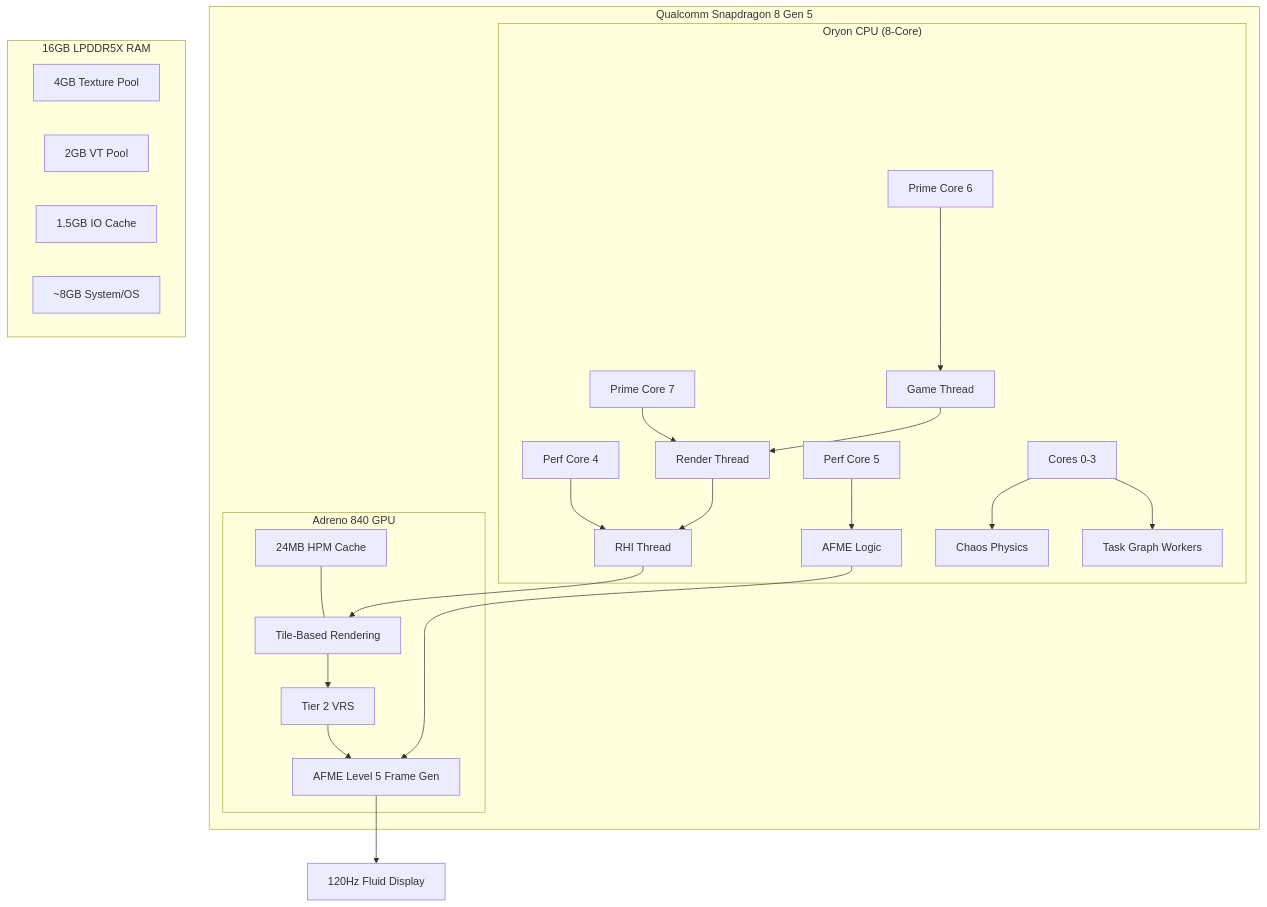
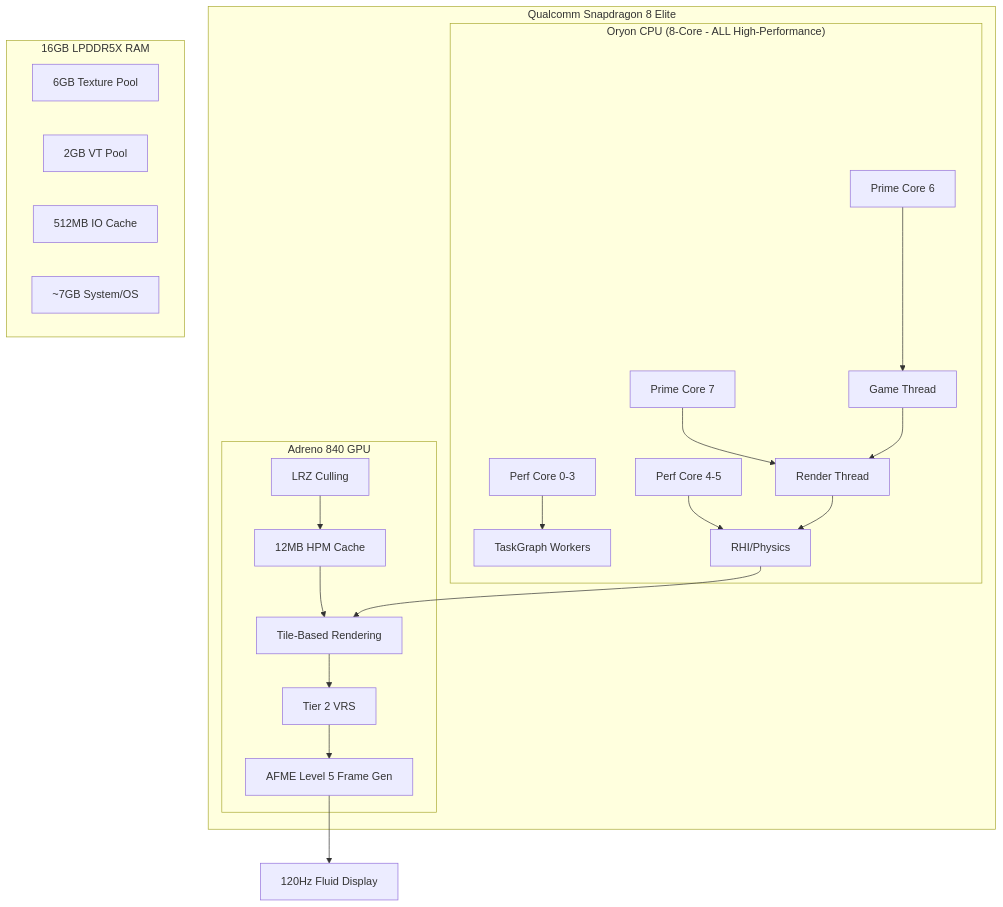
The first of 3 diagrams in README.md (tuanhung303/mobile-wuwa-configs), drawn with Mermaid before and after one commit. The commit also changed other lines of this file and 4 other files, not shown here.

````diff
--- a/README.md
+++ b/README.md
@@ -10,32 +51,30 @@
 ```mermaid
 graph TD
-    subgraph "Qualcomm Snapdragon 8 Gen 5"
-        subgraph "Oryon CPU (8-Core)"
+    subgraph "Qualcomm Snapdragon 8 Elite"
+        subgraph "Oryon CPU (8-Core - ALL High-Performance)"
             P1[Prime Core 6] --> GT[Game Thread]
             P2[Prime Core 7] --> RT[Render Thread]
-            Perf1[Perf Core 4] --> RHI[RHI Thread]
-            Perf2[Perf Core 5] --> AFME_L[AFME Logic]
-            Eff[Cores 0-3] --> Chaos[Chaos Physics]
-            Eff --> TG[Task Graph Workers]
+            Perf1[Perf Core 0-3] --> TG[TaskGraph Workers]
+            Perf2[Perf Core 4-5] --> RHI[RHI/Physics]
         end
 
         subgraph "Adreno 840 GPU"
-            HPM[24MB HPM Cache] --- TBDR[Tile-Based Rendering]
+            LRZ[LRZ Culling] --> HPM[12MB HPM Cache]
+            HPM --> TBDR[Tile-Based Rendering]
             TBDR --> VRS[Tier 2 VRS]
             VRS --> AFME[AFME Level 5 Frame Gen]
         end
     end
 
     subgraph "16GB LPDDR5X RAM"
-        TP[4GB Texture Pool]
+        TP[6GB Texture Pool]
         VTP[2GB VT Pool]
-        IOC[1.5GB IO Cache]
-        System[~8GB System/OS]
+        IOC[512MB IO Cache]
+        System[~7GB System/OS]
     end
 
     GT --> RT
     RT --> RHI
     RHI --> TBDR
-    AFME_L --> AFME
     AFME --> Display[120Hz Fluid Display]
 ```
````
